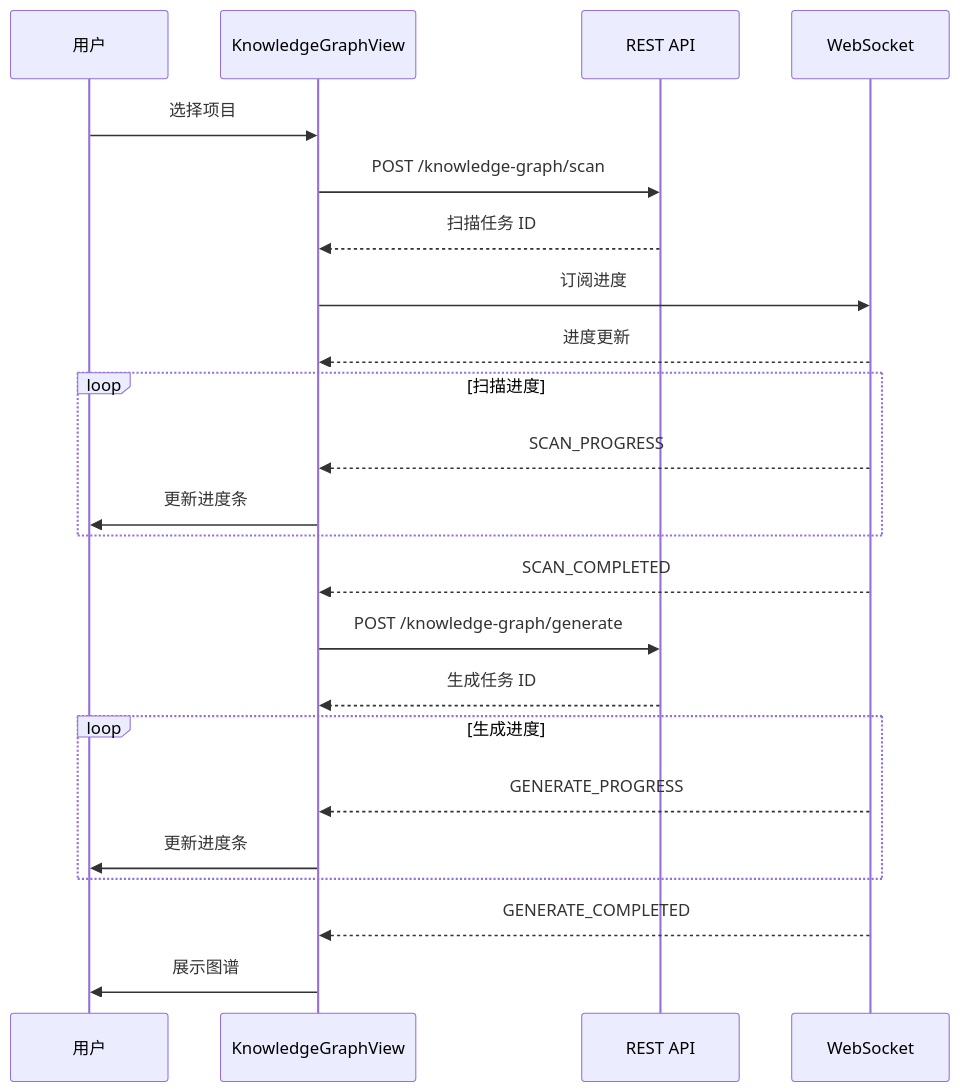
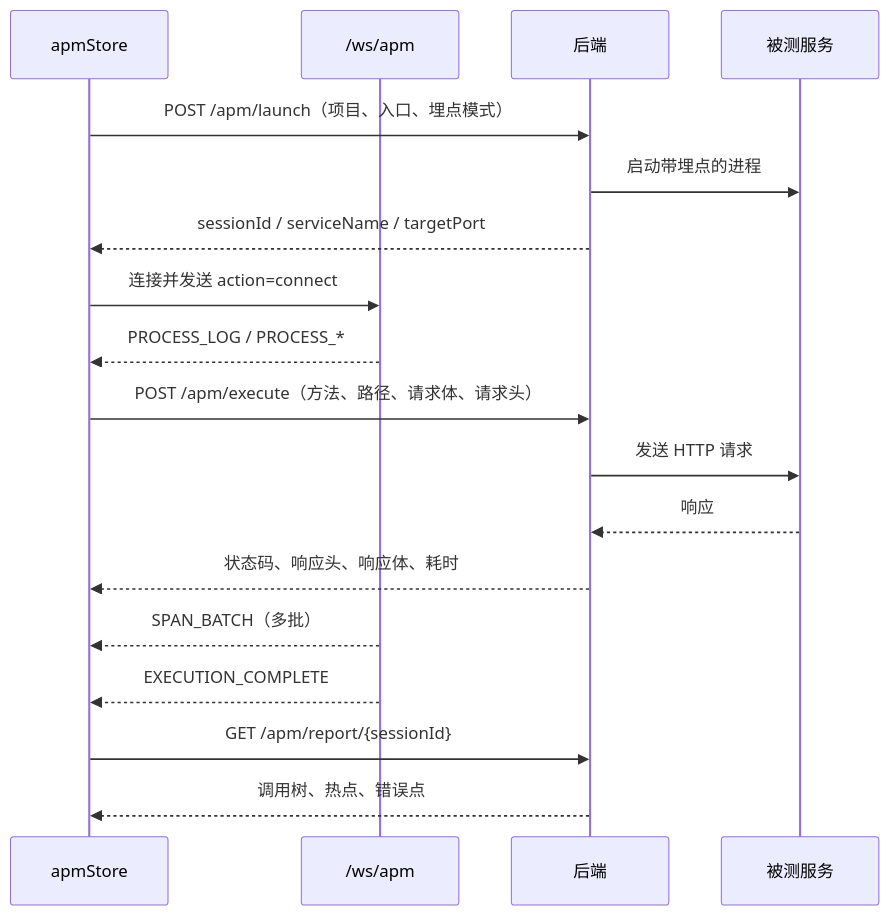
Before and after one commit to shenjiangchun/codeKnowledge: the sixth of 8 diagrams in hisi-dev-tool-frontend/docs/codewiki/04-数据流程/index.md, drawn with Mermaid. The commit also changed other lines of this file and 82 other files, not shown here.

````diff
--- a/hisi-dev-tool-frontend/docs/codewiki/04-数据流程/index.md
+++ b/hisi-dev-tool-frontend/docs/codewiki/04-数据流程/index.md
@@ -220,31 +212,21 @@
 ```mermaid
 sequenceDiagram
-    participant U as 用户
-    participant KGV as KnowledgeGraphView
-    participant API as REST API
-    participant WS as WebSocket
+    participant S as apmStore
+    participant W as /ws/apm
+    participant BE as 后端
+    participant APP as 被测服务
 
-    U->>KGV: 选择项目
-    KGV->>API: POST /knowledge-graph/scan
-    API-->>KGV: 扫描任务 ID
-
-    KGV->>WS: 订阅进度
-    WS-->>KGV: 进度更新
-
-    loop 扫描进度
-        WS-->>KGV: SCAN_PROGRESS
-        KGV->>U: 更新进度条
-    end
-
-    WS-->>KGV: SCAN_COMPLETED
-    KGV->>API: POST /knowledge-graph/generate
-    API-->>KGV: 生成任务 ID
-
-    loop 生成进度
-        WS-->>KGV: GENERATE_PROGRESS
-        KGV->>U: 更新进度条
-    end
-
-    WS-->>KGV: GENERATE_COMPLETED
-    KGV->>U: 展示图谱
+    S->>BE: POST /apm/launch（项目、入口、埋点模式）
+    BE->>APP: 启动带埋点的进程
+    BE-->>S: sessionId / serviceName / targetPort
+    S->>W: 连接并发送 action=connect
+    W-->>S: PROCESS_LOG / PROCESS_*
+    S->>BE: POST /apm/execute（方法、路径、请求体、请求头）
+    BE->>APP: 发送 HTTP 请求
+    APP-->>BE: 响应
+    BE-->>S: 状态码、响应头、响应体、耗时
+    W-->>S: SPAN_BATCH（多批）
+    W-->>S: EXECUTION_COMPLETE
+    S->>BE: GET /apm/report/{sessionId}
+    BE-->>S: 调用树、热点、错误点
 ```
````
